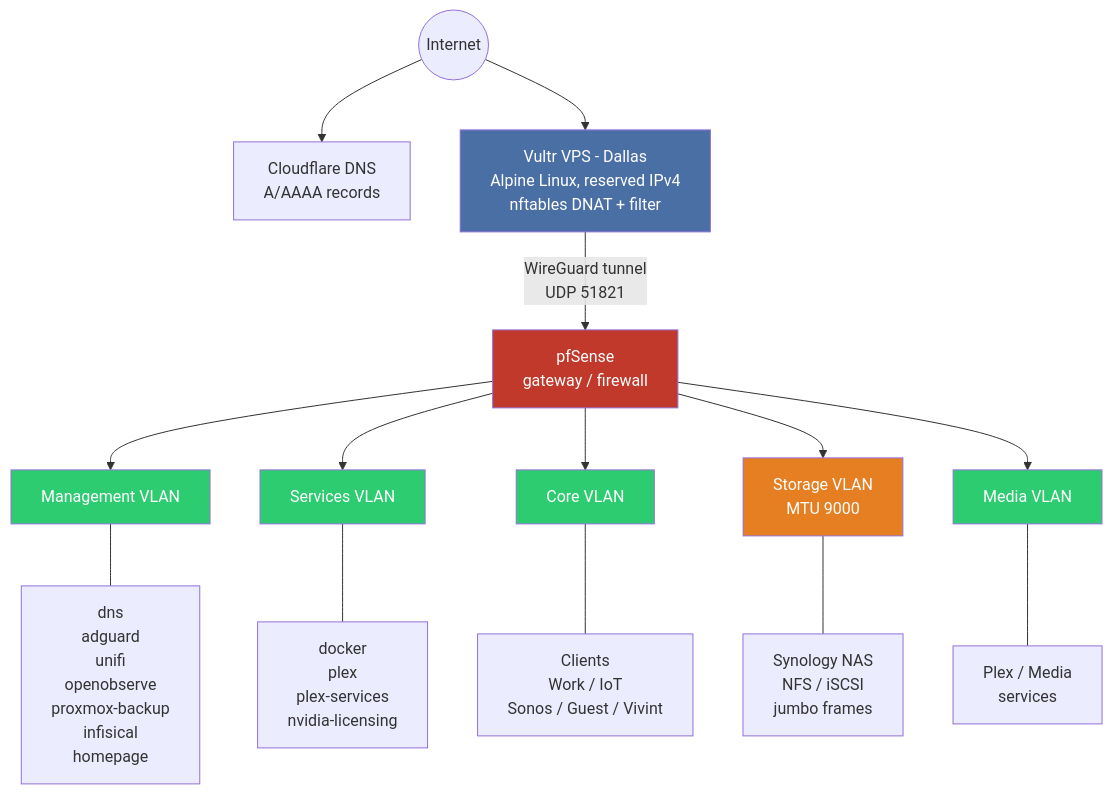
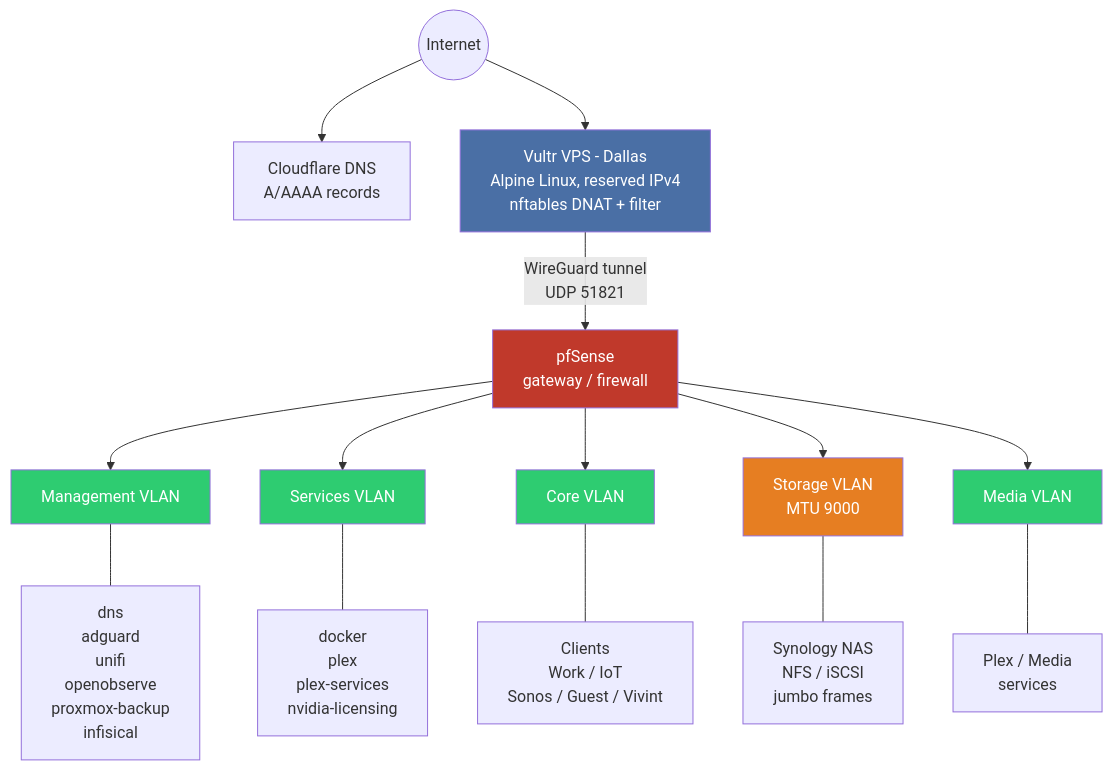
Before and after one commit to GoodOlClint/homelab: the first of 5 diagrams in README.md, drawn with Mermaid. The commit also changed other lines of this file and 21 other files, not shown here.

First line of the commit message:
retire homepage 211: stopped + onboot 0, out of vm-configs/backup job, role + play + agent template + references deleted (ADR 0035)

````diff
--- a/README.md
+++ b/README.md
@@ -7,29 +7,29 @@
 ```mermaid
 graph TD
     Internet((Internet))
 
     Internet --> CF[Cloudflare DNS<br/>A/AAAA records]
     Internet --> VPS[Vultr VPS - Dallas<br/>Alpine Linux, reserved IPv4<br/>nftables DNAT + filter]
 
     VPS -->|WireGuard tunnel<br/>UDP 51821| PF[pfSense<br/>gateway / firewall]
 
     PF --> MGMT[Management VLAN]
     PF --> SVC[Services VLAN]
     PF --> CORE[Core VLAN]
     PF --> STOR[Storage VLAN<br/>MTU 9000]
     PF --> MEDIA[Media VLAN]
 
-    MGMT --- M1[dns<br/>adguard<br/>unifi<br/>openobserve<br/>proxmox-backup<br/>infisical<br/>homepage]
+    MGMT --- M1[dns<br/>adguard<br/>unifi<br/>openobserve<br/>proxmox-backup<br/>infisical]
     SVC --- S1[docker<br/>plex<br/>plex-services<br/>nvidia-licensing]
     CORE --- C1[Clients<br/>Work / IoT<br/>Sonos / Guest / Vivint]
     STOR --- ST1[Synology NAS<br/>NFS / iSCSI<br/>jumbo frames]
     MEDIA --- ME1[Plex / Media<br/>services]
 
     style VPS fill:#4a6fa5,color:#fff
     style PF fill:#c0392b,color:#fff
     style MGMT fill:#2ecc71,color:#fff
     style SVC fill:#2ecc71,color:#fff
     style CORE fill:#2ecc71,color:#fff
     style STOR fill:#e67e22,color:#fff
     style MEDIA fill:#2ecc71,color:#fff
 ```
````
